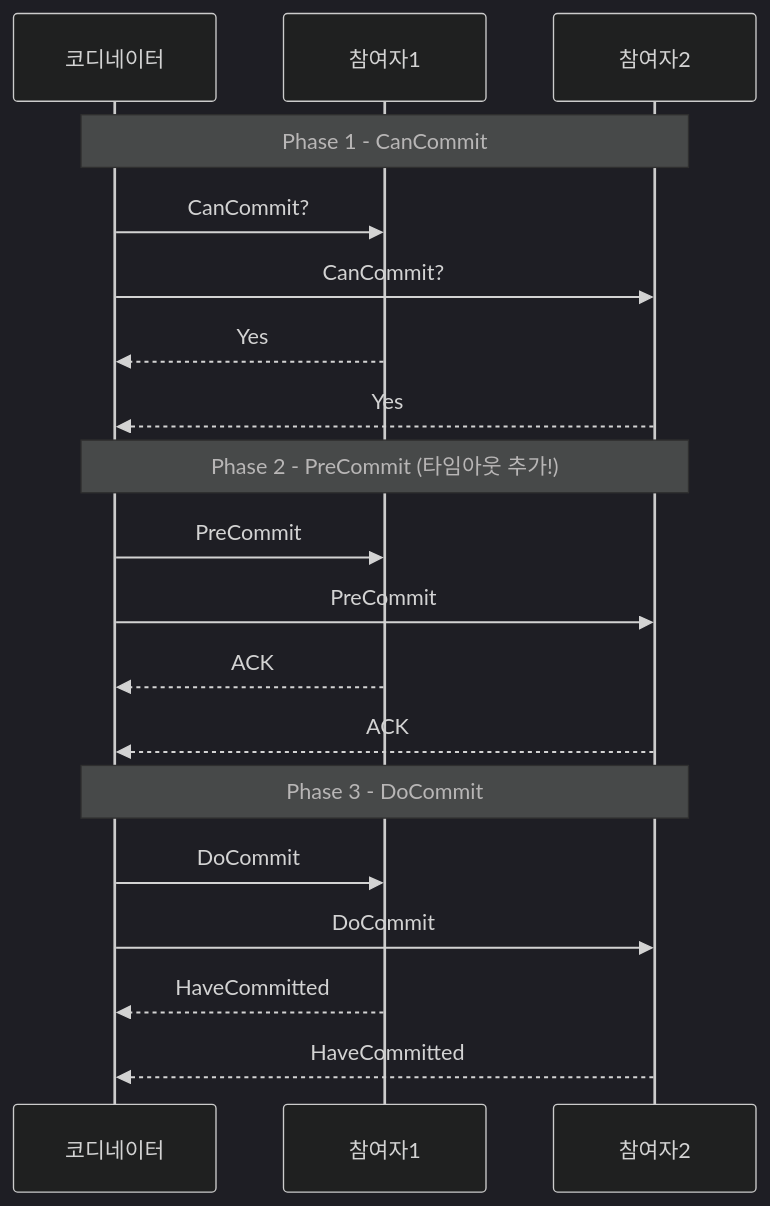
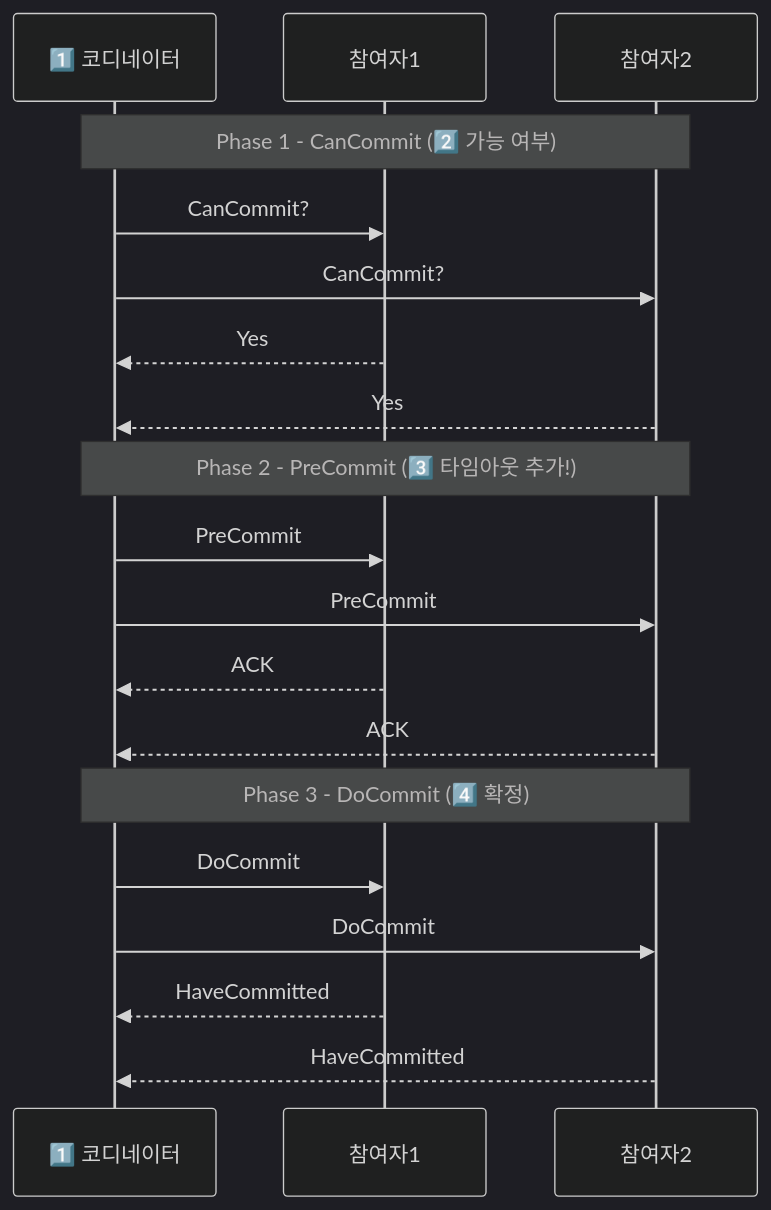
Before and after one commit to yjkim2015/yjkim2015.github.io: the fourth of 14 diagrams in _posts/architecture/2026-05-02-distributed-transaction-deep.md, drawn with Mermaid (dark theme). The commit also changed other lines of this file and 92 other files, not shown here.

First line of the commit message:
Major quality rewrite: 98 files, Mermaid fix, extreme-scenario component

````diff
--- a/_posts/architecture/2026-05-02-distributed-transaction-deep.md
+++ b/_posts/architecture/2026-05-02-distributed-transaction-deep.md
@@ -93,24 +101,24 @@
 ```mermaid
 sequenceDiagram
-    participant C as 코디네이터
+    participant C as 1️⃣ 코디네이터
     participant P1 as 참여자1
     participant P2 as 참여자2
 
-    Note over C,P2: Phase 1 - CanCommit
+    Note over C,P2: Phase 1 - CanCommit (2️⃣ 가능 여부)
     C->>P1: CanCommit?
     C->>P2: CanCommit?
     P1-->>C: Yes
     P2-->>C: Yes
 
-    Note over C,P2: Phase 2 - PreCommit (타임아웃 추가!)
+    Note over C,P2: Phase 2 - PreCommit (3️⃣ 타임아웃 추가!)
     C->>P1: PreCommit
     C->>P2: PreCommit
     P1-->>C: ACK
     P2-->>C: ACK
 
-    Note over C,P2: Phase 3 - DoCommit
+    Note over C,P2: Phase 3 - DoCommit (4️⃣ 확정)
     C->>P1: DoCommit
     C->>P2: DoCommit
     P1-->>C: HaveCommitted
     P2-->>C: HaveCommitted
 ```
````
